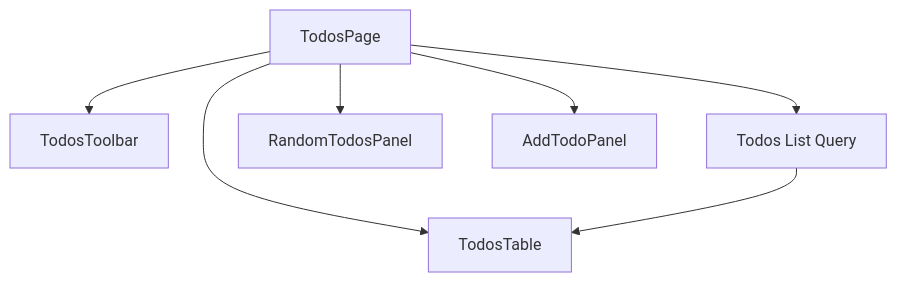
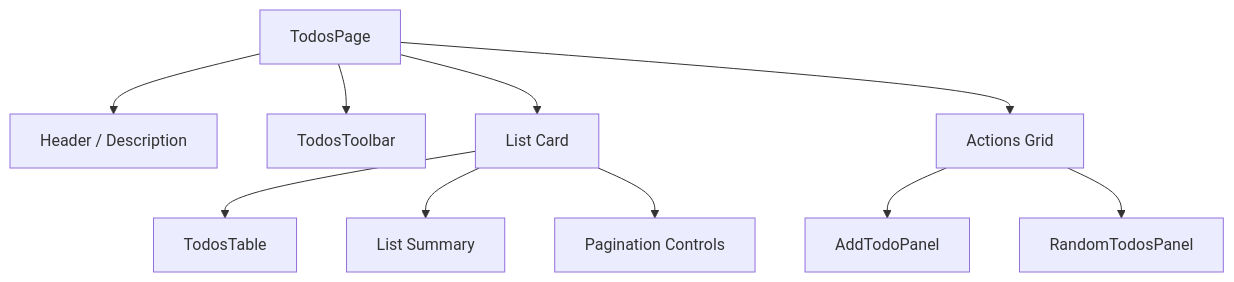
One commit to thehermitdev/tanstack-router-boilerplate changed the third of 7 diagrams in docs/details/todos/pages-todos-page.md. Above: the diagram before and after it, drawn with Mermaid. The commit also changed other lines of this file, not shown here.

Commit message:
docs: explain todos page composition and orchestration

````diff
--- a/docs/details/todos/pages-todos-page.md
+++ b/docs/details/todos/pages-todos-page.md
@@ -75,9 +619,12 @@
 ```mermaid
 flowchart TD
-    A[TodosPage] --> B[TodosToolbar]
-    A --> C[Todos List Query]
-    A --> D[TodosTable]
-    A --> E[RandomTodosPanel]
-    A --> F[AddTodoPanel]
-    C --> D
+    A[TodosPage] --> B[Header / Description]
+    A --> C[TodosToolbar]
+    A --> D[List Card]
+    D --> E[TodosTable]
+    D --> F[List Summary]
+    D --> G[Pagination Controls]
+    A --> H[Actions Grid]
+    H --> I[AddTodoPanel]
+    H --> J[RandomTodosPanel]
 ```
````
